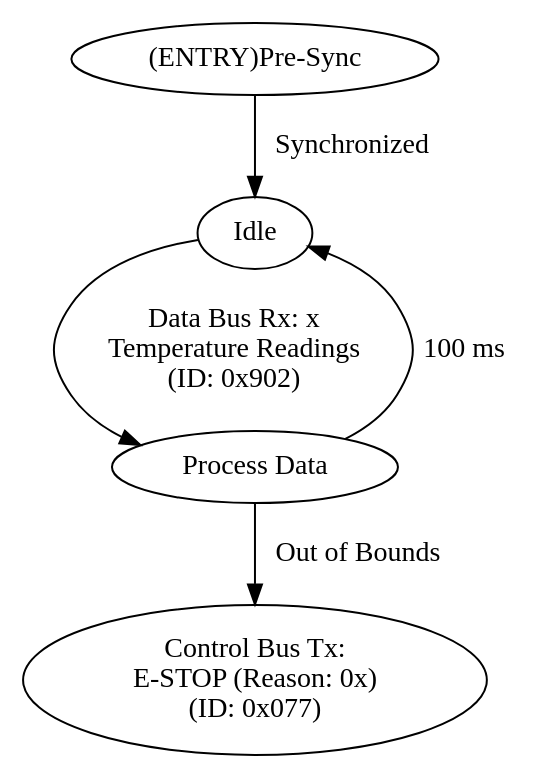
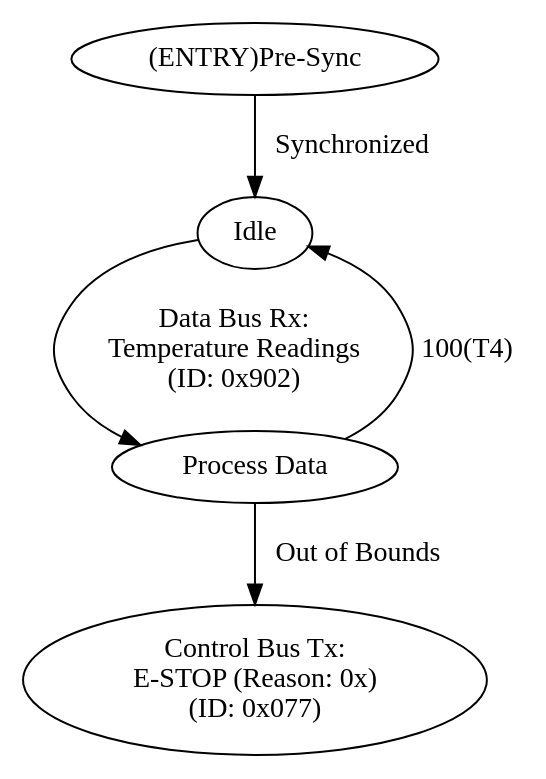
One commit to umdloop/state-machines changed the diagram in high-voltage/temperature.dot. Above: the diagram before and after it, drawn with Graphviz. The commit also changed 7 other files, not shown here.

```diff
--- a/high-voltage/temperature.dot
+++ b/high-voltage/temperature.dot
@@ -1,12 +1,12 @@
 digraph {
 S41		[label="(ENTRY)Pre-Sync"];
 S42		[label="Idle"];
 S43		[label="Process Data"];
 S44		[label="Control Bus Tx:\nE-STOP (Reason: 0x)\n(ID: 0x077)"];
 
 S41 -> S42     [label="Synchronized"];
-S42 -> S43     [label="Data Bus Rx: x\nTemperature Readings\n(ID: 0x902)\n"];
+S42 -> S43     [label="Data Bus Rx:\nTemperature Readings\n(ID: 0x902)\n"];
 S43 -> S44     [label="Out of Bounds"];
 
-S43 -> S42     [label="100 ms"];
+S43 -> S42     [label="100(T4)"];
 }
```
